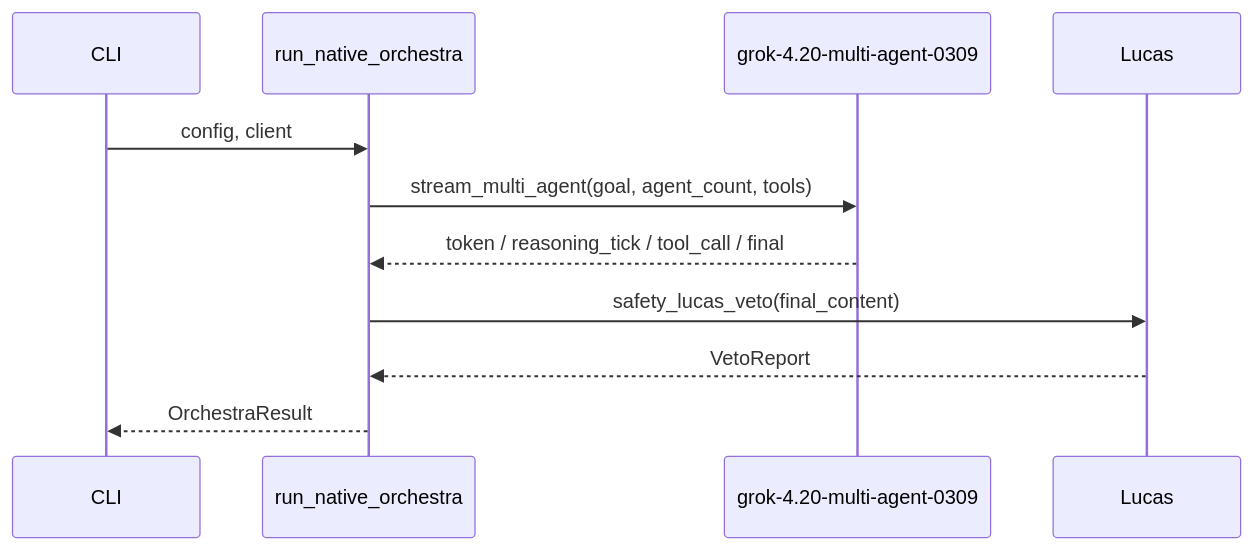
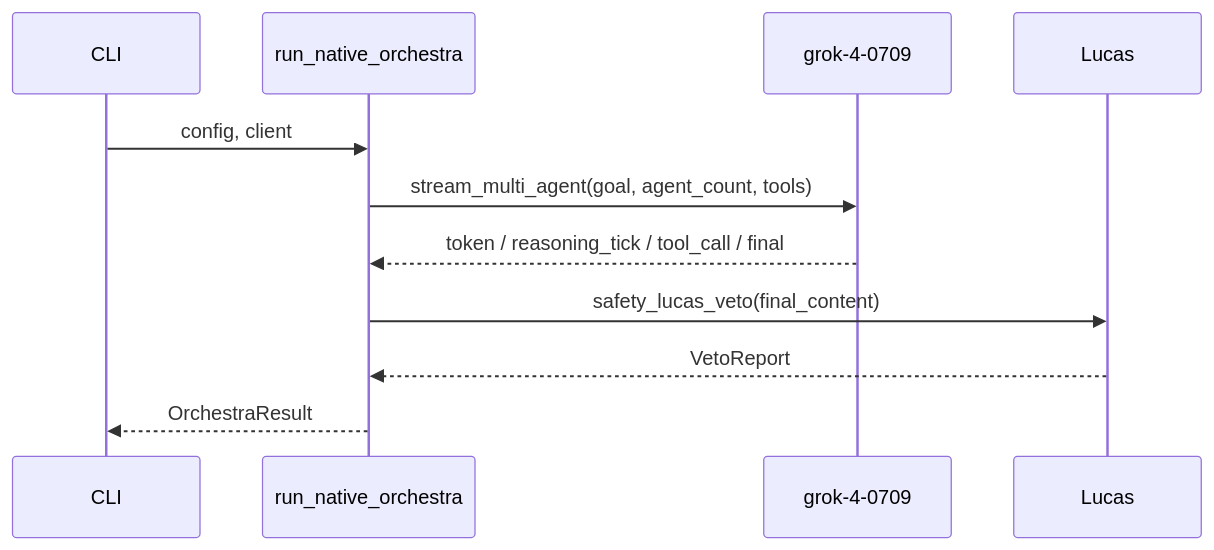
The second of 8 diagrams in docs/orchestra.md (AgentMindCloud/grok-agent-orchestra), drawn with Mermaid before and after one commit. The commit also changed other lines of this file and 46 other files, not shown here.

````diff
--- a/docs/orchestra.md
+++ b/docs/orchestra.md
@@ -101,13 +101,13 @@
 ```mermaid
 sequenceDiagram
     participant CLI
     participant Runtime as run_native_orchestra
-    participant xAI as grok-4.20-multi-agent-0309
+    participant xAI as grok-4-0709
     participant Lucas
     CLI->>Runtime: config, client
     Runtime->>xAI: stream_multi_agent(goal, agent_count, tools)
     xAI-->>Runtime: token / reasoning_tick / tool_call / final
     Runtime->>Lucas: safety_lucas_veto(final_content)
     Lucas-->>Runtime: VetoReport
     Runtime-->>CLI: OrchestraResult
 ```
````
